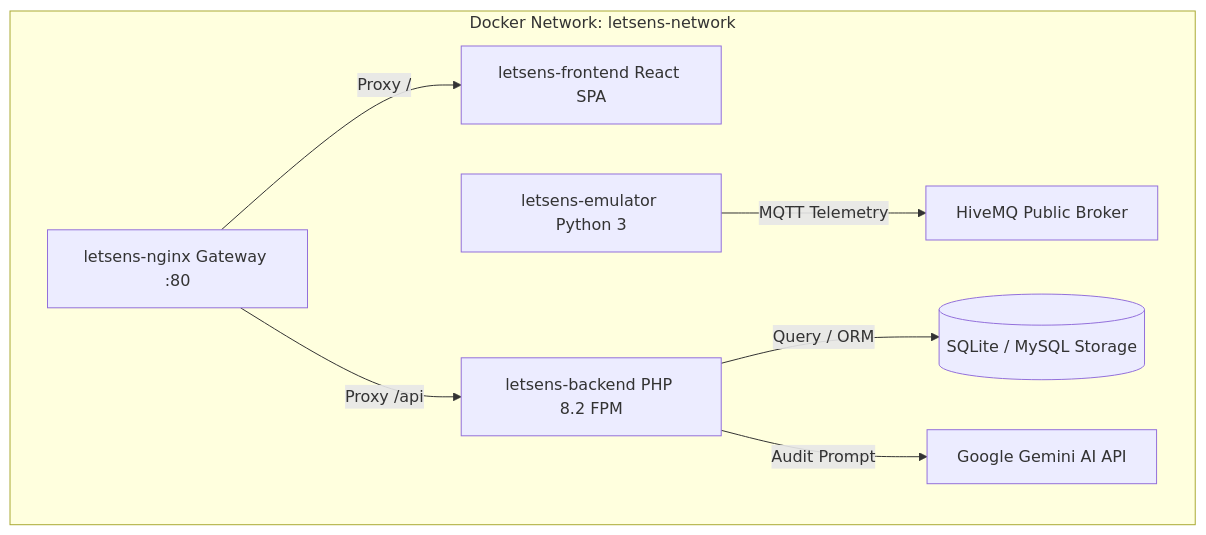
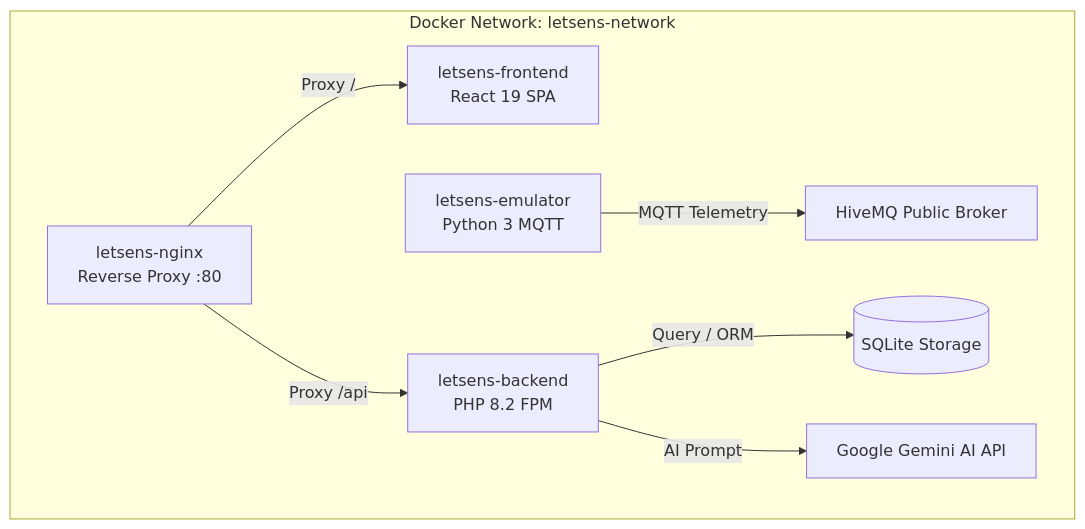
One commit to makerindo-repository/letsens changed the diagram in README.md. Above: the diagram before and after it, drawn with Mermaid. The commit also changed other lines of this file, not shown here.

````diff
--- a/README.md
+++ b/README.md
@@ -68,10 +36,10 @@
 ```mermaid
 graph TD
     subgraph Docker Network: letsens-network
-        Nginx[letsens-nginx Gateway :80] -->|Proxy /| Frontend[letsens-frontend React SPA]
-        Nginx -->|Proxy /api| Backend[letsens-backend PHP 8.2 FPM]
-        Emulator[letsens-emulator Python 3] -->|MQTT Telemetry| HiveMQ[HiveMQ Public Broker]
-        Backend -->|Query / ORM| DB[(SQLite / MySQL Storage)]
-        Backend -->|Audit Prompt| Gemini[Google Gemini AI API]
+        Nginx["letsens-nginx<br/>Reverse Proxy :80"] -->|Proxy /| Frontend["letsens-frontend<br/>React 19 SPA"]
+        Nginx -->|Proxy /api| Backend["letsens-backend<br/>PHP 8.2 FPM"]
+        Emulator["letsens-emulator<br/>Python 3 MQTT"] -->|MQTT Telemetry| HiveMQ["HiveMQ Public Broker"]
+        Backend -->|Query / ORM| DB[("SQLite Storage")]
+        Backend -->|AI Prompt| Gemini["Google Gemini AI API"]
     end
 ```
````
